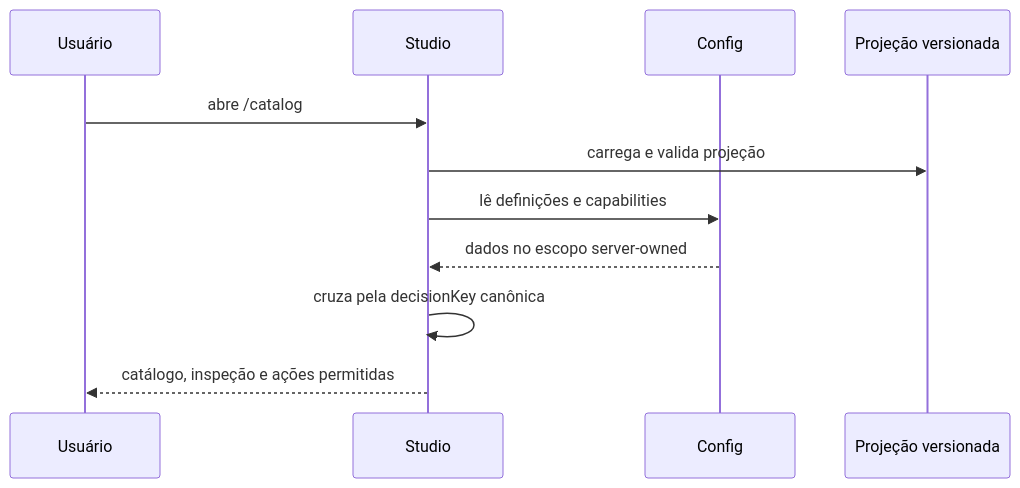
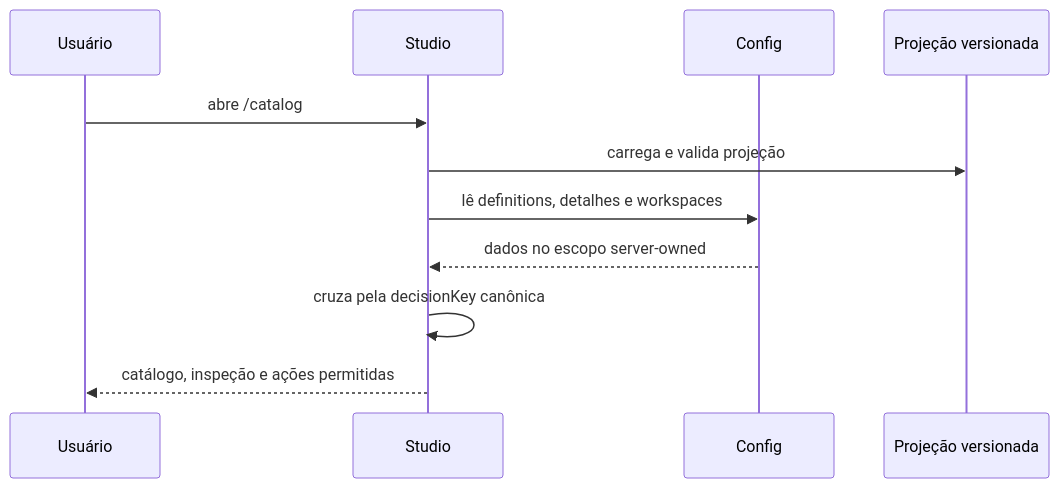
The second of 3 diagrams in docs/architecture-and-continuation-guide.md (codexrodrigues/praxis-policy-studio), drawn with Mermaid before and after one commit. The commit also changed other lines of this file and 7 other files, not shown here.

Commit message:
docs: reconcile Policy Studio roadmap and assistant

````diff
--- a/docs/architecture-and-continuation-guide.md
+++ b/docs/architecture-and-continuation-guide.md
@@ -112,13 +123,13 @@
 ```mermaid
 sequenceDiagram
     participant U as Usuário
     participant S as Studio
     participant C as Config
     participant P as Projeção versionada
     U->>S: abre /catalog
     S->>P: carrega e valida projeção
-    S->>C: lê definições e capabilities
+    S->>C: lê definitions, detalhes e workspaces
     C-->>S: dados no escopo server-owned
     S->>S: cruza pela decisionKey canônica
     S-->>U: catálogo, inspeção e ações permitidas
 ```
````
